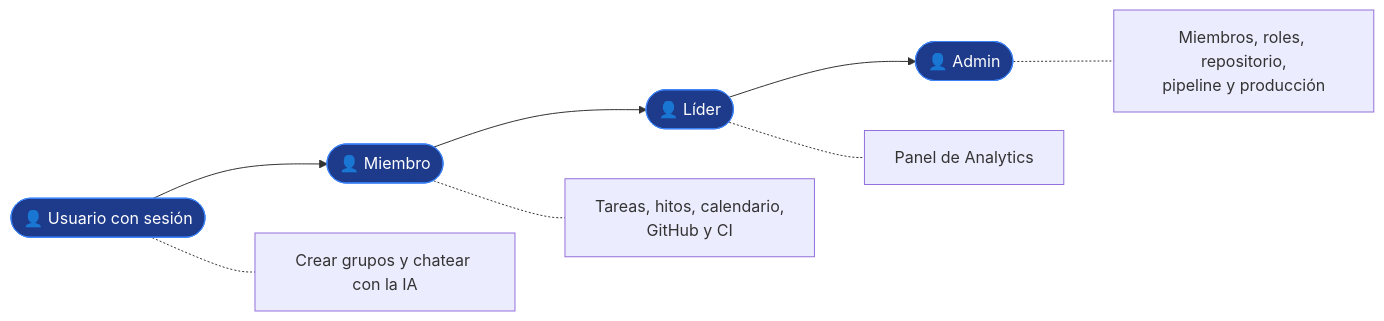
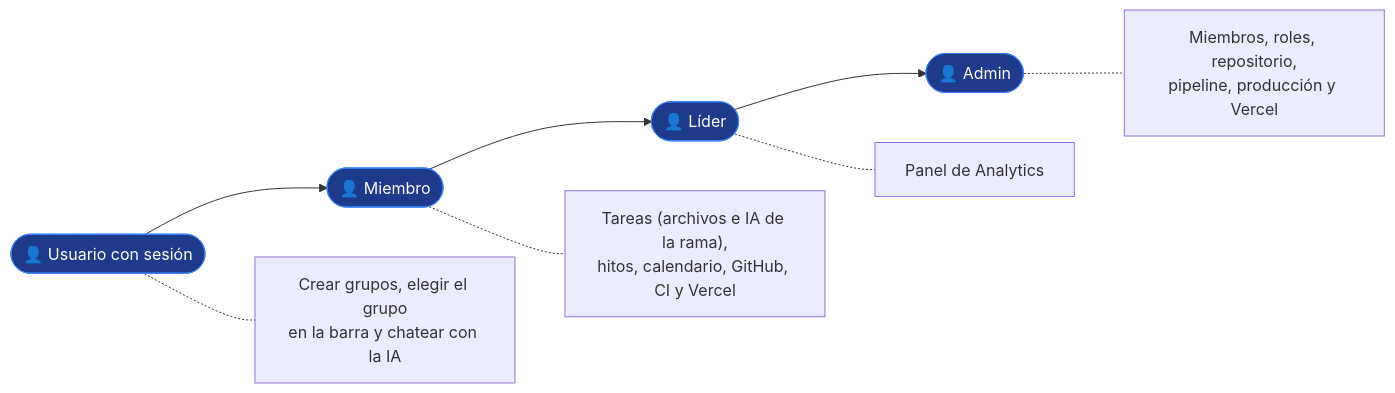
Before and after one commit to PabloP150/proyecto-is-cc6: the diagram in documentacion/07-guias/guia-de-uso.md, drawn with Mermaid. The commit also changed other lines of this file and 204 other files, not shown here.

First line of the commit message:
docs: update all documentation, diagrams and PNGs to the test/e2e state

````diff
--- a/documentacion/07-guias/guia-de-uso.md
+++ b/documentacion/07-guias/guia-de-uso.md
@@ -5,13 +5,13 @@
 ```mermaid
 flowchart LR
     U(["👤 Usuario con sesión"]) --> M(["👤 Miembro"])
     M --> L(["👤 Líder"])
     L --> A(["👤 Admin"])
-    U -.- u1["Crear grupos y chatear con la IA"]
-    M -.- m1["Tareas, hitos, calendario,<br/>GitHub y CI"]
+    U -.- u1["Crear grupos, elegir el grupo<br/>en la barra y chatear con la IA"]
+    M -.- m1["Tareas (archivos e IA de la rama),<br/>hitos, calendario, GitHub, CI y Vercel"]
     L -.- l1["Panel de Analytics"]
-    A -.- a1["Miembros, roles, repositorio,<br/>pipeline y producción"]
+    A -.- a1["Miembros, roles, repositorio,<br/>pipeline, producción y Vercel"]
 
     classDef role fill:#1e3a8a,stroke:#3b82f6,color:#ffffff
     class U,M,L,A role
 ```
````
